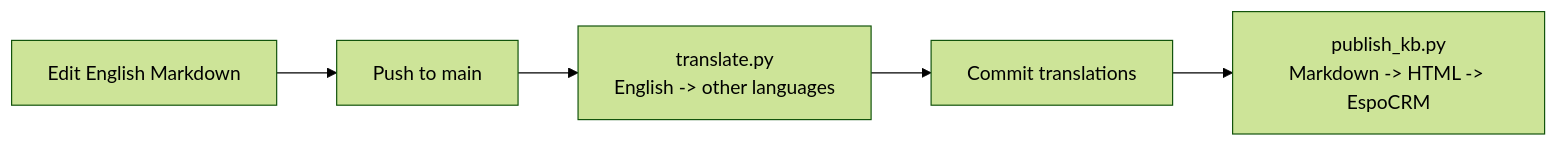
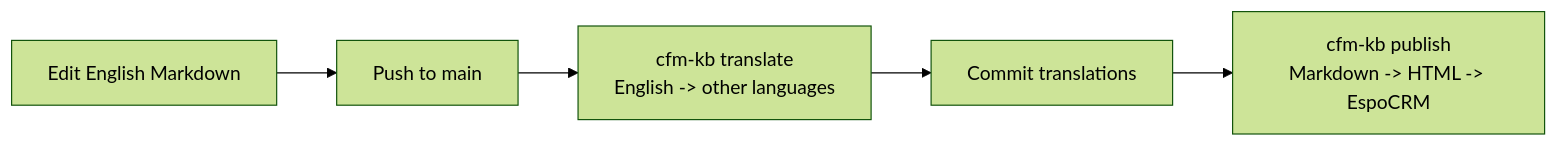
One commit to rodekruis/CFM-shared-knowledge-base changed the diagram in README.md. Above: the diagram before and after it, drawn with Mermaid (forest theme). The commit also changed other lines of this file and 32 other files, not shown here.

````diff
--- a/README.md
+++ b/README.md
@@ -12,7 +12,7 @@
 ```mermaid
 flowchart LR
     A[Edit English Markdown] --> B[Push to main]
-    B --> C[translate.py<br/>English -> other languages]
+    B --> C[cfm-kb translate<br/>English -> other languages]
     C --> D[Commit translations]
-    D --> E[publish_kb.py<br/>Markdown -> HTML -> EspoCRM]
+    D --> E[cfm-kb publish<br/>Markdown -> HTML -> EspoCRM]
 ```
````
